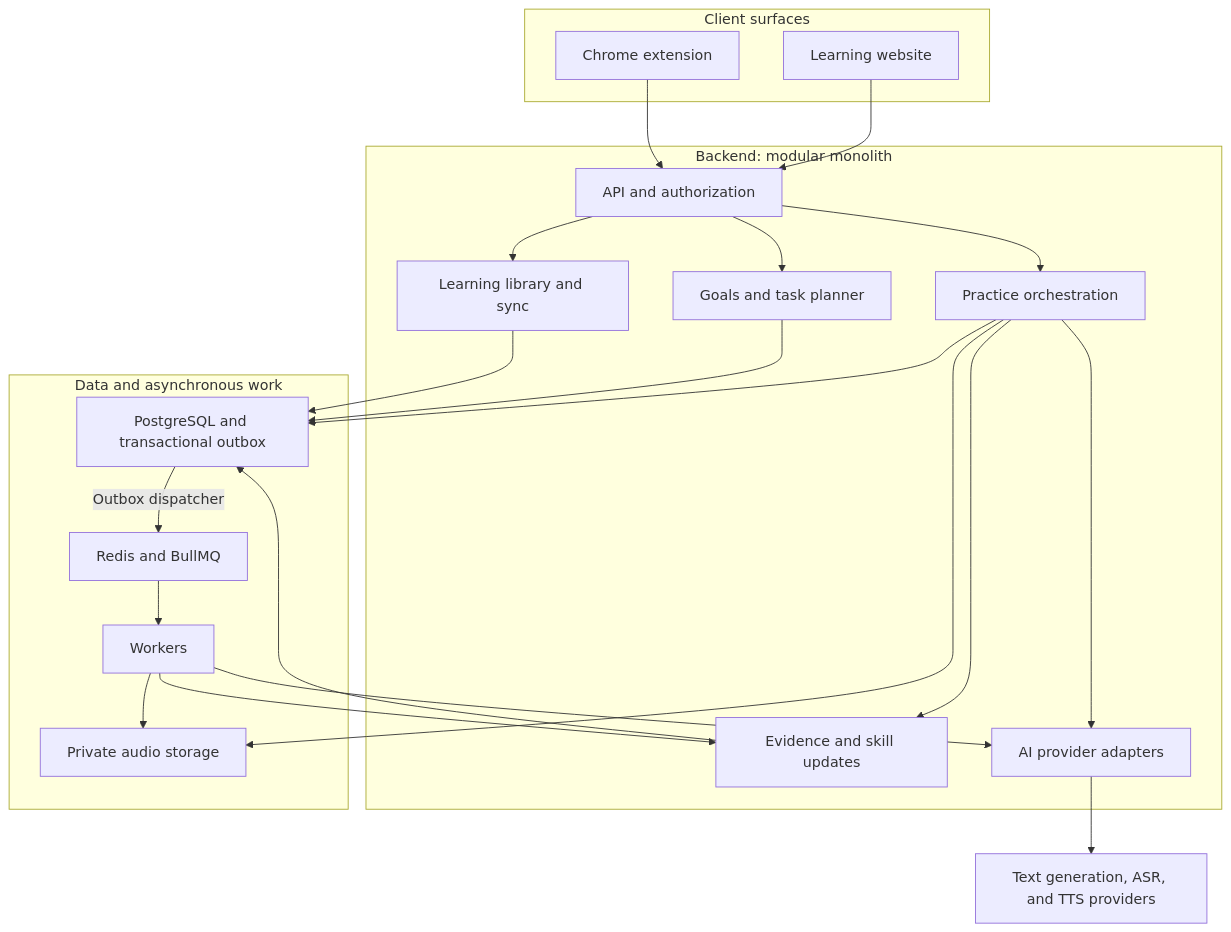
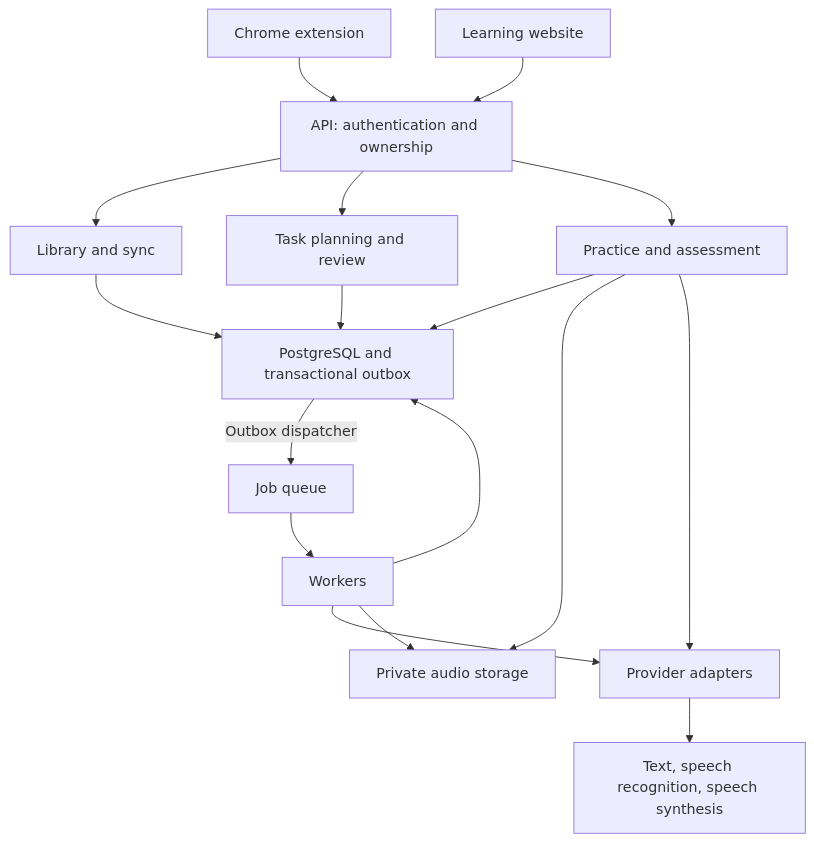
The diagram in docs/ARCHITECTURE.md (Elaine-tyl/contextspeak), drawn with Mermaid before and after one commit. The commit also changed other lines of this file and 5 other files, not shown here.

````diff
--- a/docs/ARCHITECTURE.md
+++ b/docs/ARCHITECTURE.md
@@ -44,40 +11,19 @@
 ```mermaid
 flowchart TB
-    subgraph clients["Client surfaces"]
-        extension["Chrome extension"]
-        website["Learning website"]
-    end
-    subgraph server["Backend: modular monolith"]
-        api["API and authorization"]
-        library["Learning library and sync"]
-        planner["Goals and task planner"]
-        practice["Practice orchestration"]
-        evidence["Evidence and skill updates"]
-        adapters["AI provider adapters"]
-    end
-    subgraph storage["Data and asynchronous work"]
-        postgres["PostgreSQL and transactional outbox"]
-        queue["Redis and BullMQ"]
-        workers["Workers"]
-        audio["Private audio storage"]
-    end
-    providers["Text generation, ASR, and TTS providers"]
-    extension --> api
-    website --> api
-    api --> library
-    api --> planner
-    api --> practice
-    library --> postgres
-    planner --> postgres
-    practice --> postgres
-    practice --> adapters
-    practice --> audio
-    practice --> evidence
-    evidence --> postgres
-    postgres -->|"Outbox dispatcher"| queue
-    queue --> workers
-    workers --> adapters
-    workers --> evidence
+    extension["Chrome extension"] --> api["API: authentication and ownership"]
+    web["Learning website"] --> api
+    api --> library["Library and sync"]
+    api --> planner["Task planning and review"]
+    api --> practice["Practice and assessment"]
+    library --> db["PostgreSQL and transactional outbox"]
+    planner --> db
+    practice --> db
+    practice --> audio["Private audio storage"]
+    practice --> ai["Provider adapters"]
+    db -->|"Outbox dispatcher"| queue["Job queue"]
+    queue --> workers["Workers"]
+    workers --> ai
+    workers --> db
     workers --> audio
-    adapters --> providers
+    ai --> providers["Text, speech recognition, speech synthesis"]
 ```
````
